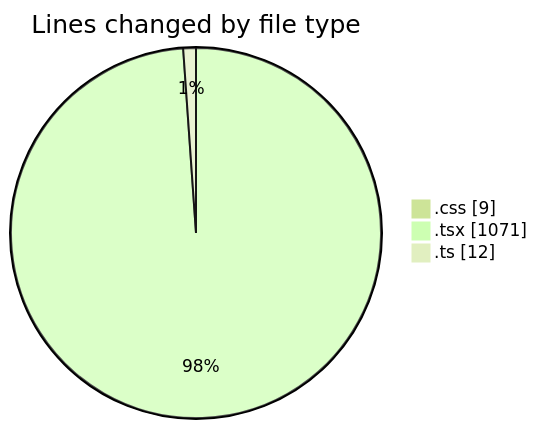
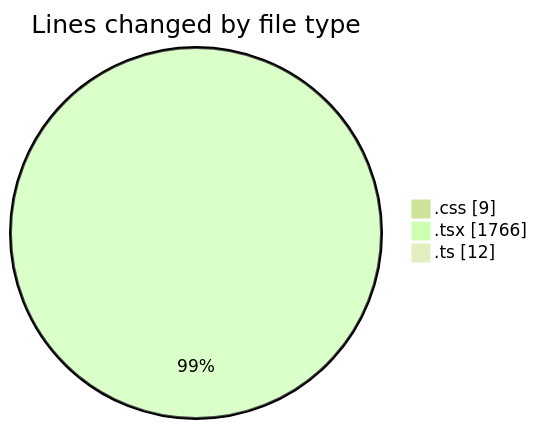
The first of 2 diagrams in 2025-02-28/audiobooks-web/README.md (robertbonfada/code-tracking), drawn with Mermaid (forest theme) before and after one commit. The commit also changed other lines of this file and 1 other file, not shown here.

````diff
--- a/2025-02-28/audiobooks-web/README.md
+++ b/2025-02-28/audiobooks-web/README.md
@@ -27,7 +29,7 @@
 ```mermaid
 pie showData
 title Lines changed by file type
 ".css" : 9
-".tsx" : 1071
+".tsx" : 1766
 ".ts" : 12
 ```
````
